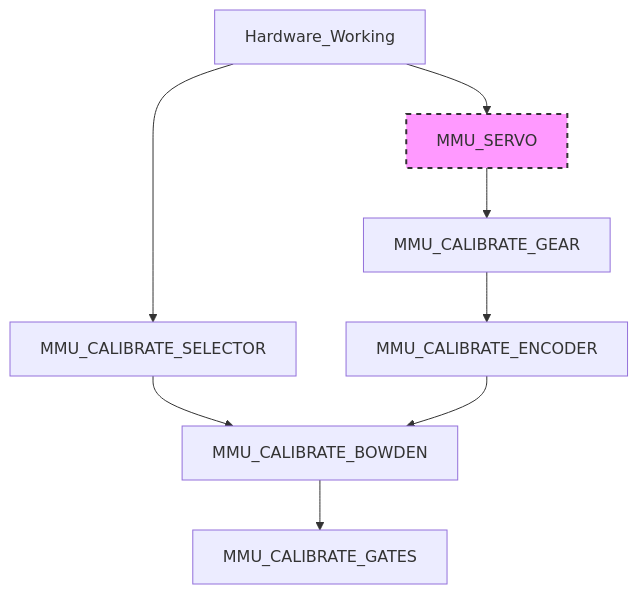
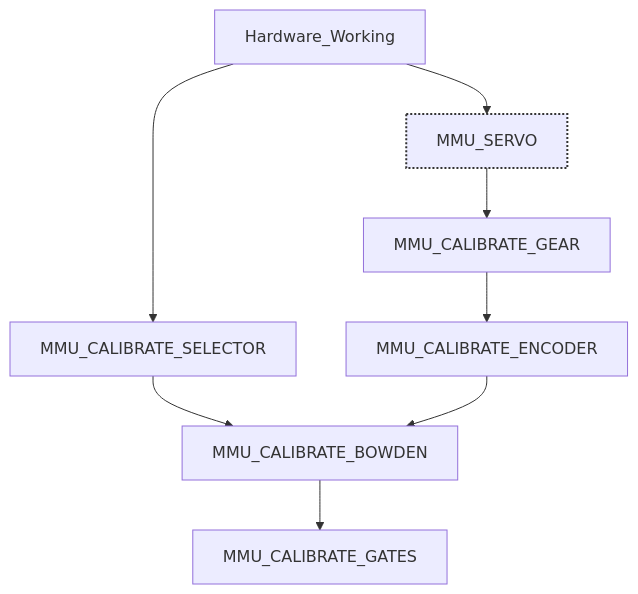
One commit to 3DCoded/Happy-Hare changed the diagram in MMU-Calibration.md. Above: the diagram before and after it, drawn with Mermaid.

````diff
--- a/MMU-Calibration.md
+++ b/MMU-Calibration.md
@@ -22,12 +22,12 @@
 ```mermaid
 graph TD;
     Hardware_Working --> MMU_SERVO
     Hardware_Working --> MMU_CALIBRATE_SELECTOR
     MMU_CALIBRATE_SELECTOR --> MMU_CALIBRATE_BOWDEN
     MMU_SERVO --> MMU_CALIBRATE_GEAR
     MMU_CALIBRATE_GEAR --> MMU_CALIBRATE_ENCODER
     MMU_CALIBRATE_ENCODER --> MMU_CALIBRATE_BOWDEN
     MMU_CALIBRATE_BOWDEN --> MMU_CALIBRATE_GATES
 
-style MMU_SERVO fill:#f9f,stroke:#333,stroke-width:2px,stroke-dasharray: 5 5
+style MMU_SERVO stroke-dasharray: 2 2, stroke:#333, stroke-width:2px
 ```
````
